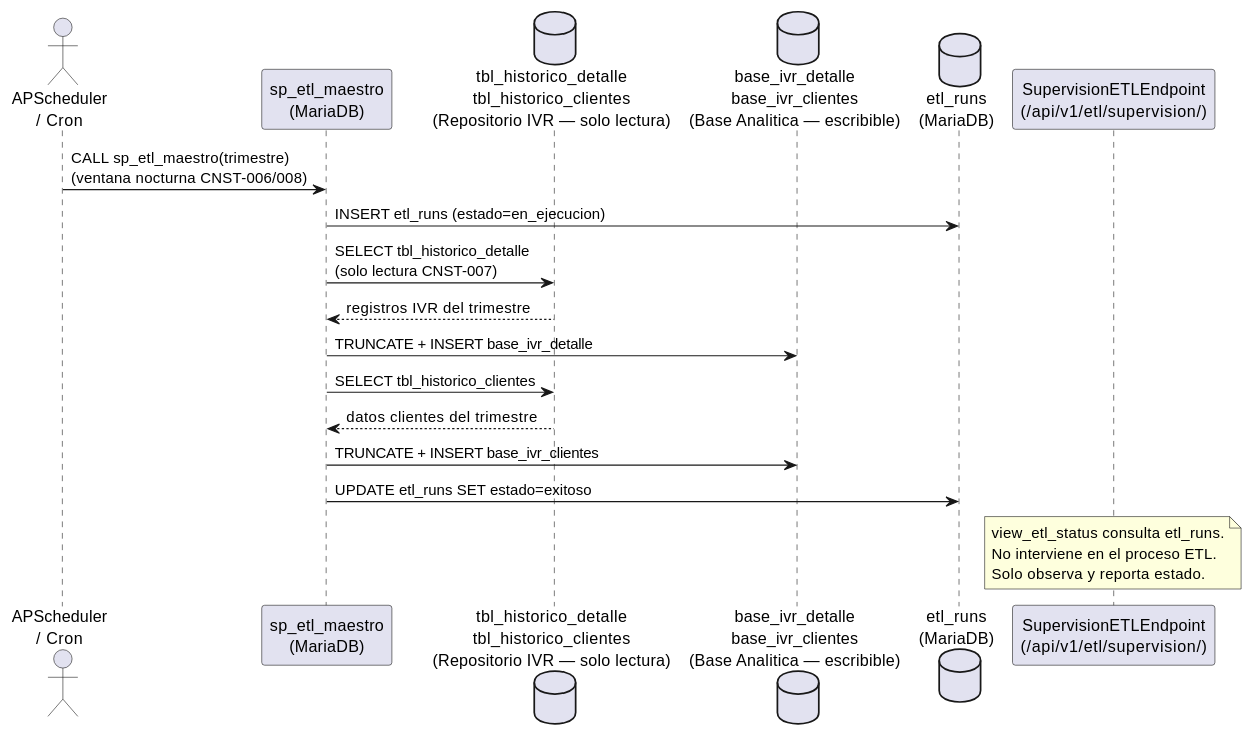
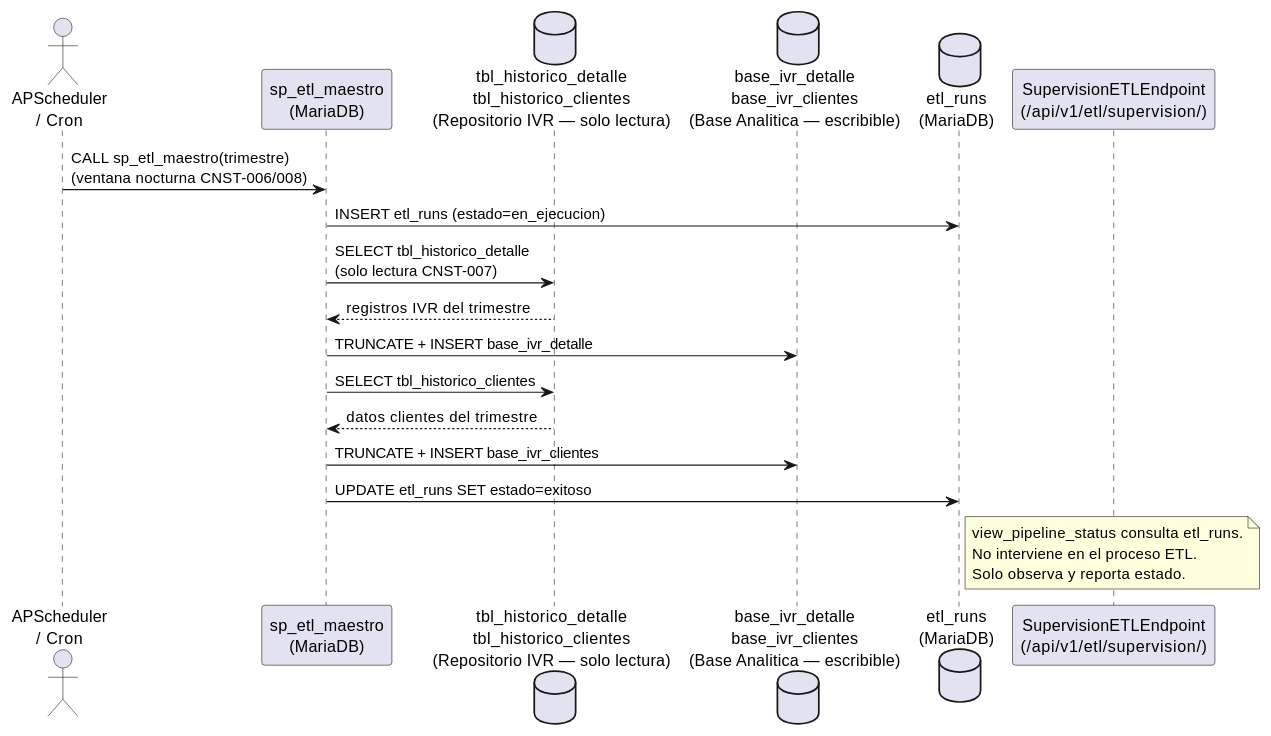
The first of 3 diagrams in source/arquitectura-tecnica/modulos/etl-monitoring/diagramas.rst (jcg-admin/IACT-docs), drawn with PlantUML before and after one commit. The commit also changed other lines of this file and 157 other files, not shown here.

First line of the commit message:
Enforce catalog function names across all diagrams

```diff
--- a/source/arquitectura-tecnica/modulos/etl-monitoring/diagramas.rst
+++ b/source/arquitectura-tecnica/modulos/etl-monitoring/diagramas.rst
@@ -11,29 +11,29 @@
 .. uml::
  :caption: Secuencia ETL nocturno con sp_etl_maestro sobre MariaDB (CNST-006/008).
 
  @startuml
 
  actor "APScheduler\n/ Cron" as SCH
  participant "sp_etl_maestro\n(MariaDB)" as ETL
  database "tbl_historico_detalle\ntbl_historico_clientes\n(Repositorio IVR — solo lectura)" as SRC
  database "base_ivr_detalle\nbase_ivr_clientes\n(Base Analitica — escribible)" as DEST
  database "etl_runs\n(MariaDB)" as LOG
  participant "SupervisionETLEndpoint\n(/api/v1/etl/supervision/)" as MON
 
  SCH -> ETL : CALL sp_etl_maestro(trimestre)\n(ventana nocturna CNST-006/008)
  ETL -> LOG : INSERT etl_runs (estado=en_ejecucion)
  ETL -> SRC : SELECT tbl_historico_detalle\n(solo lectura CNST-007)
  SRC --> ETL : registros IVR del trimestre
  ETL -> DEST : TRUNCATE + INSERT base_ivr_detalle
  ETL -> SRC : SELECT tbl_historico_clientes
  SRC --> ETL : datos clientes del trimestre
  ETL -> DEST : TRUNCATE + INSERT base_ivr_clientes
  ETL -> LOG : UPDATE etl_runs SET estado=exitoso
 
  note over MON
-   view_etl_status consulta etl_runs.
+   view_pipeline_status consulta etl_runs.
    No interviene en el proceso ETL.
    Solo observa y reporta estado.
  end note
 
  @enduml
```
